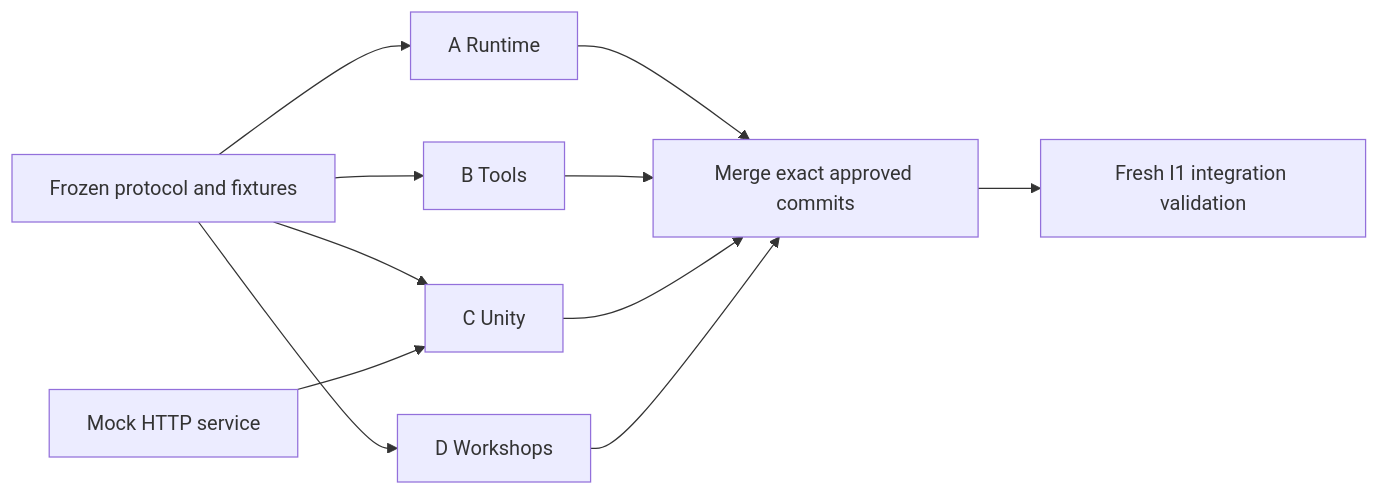
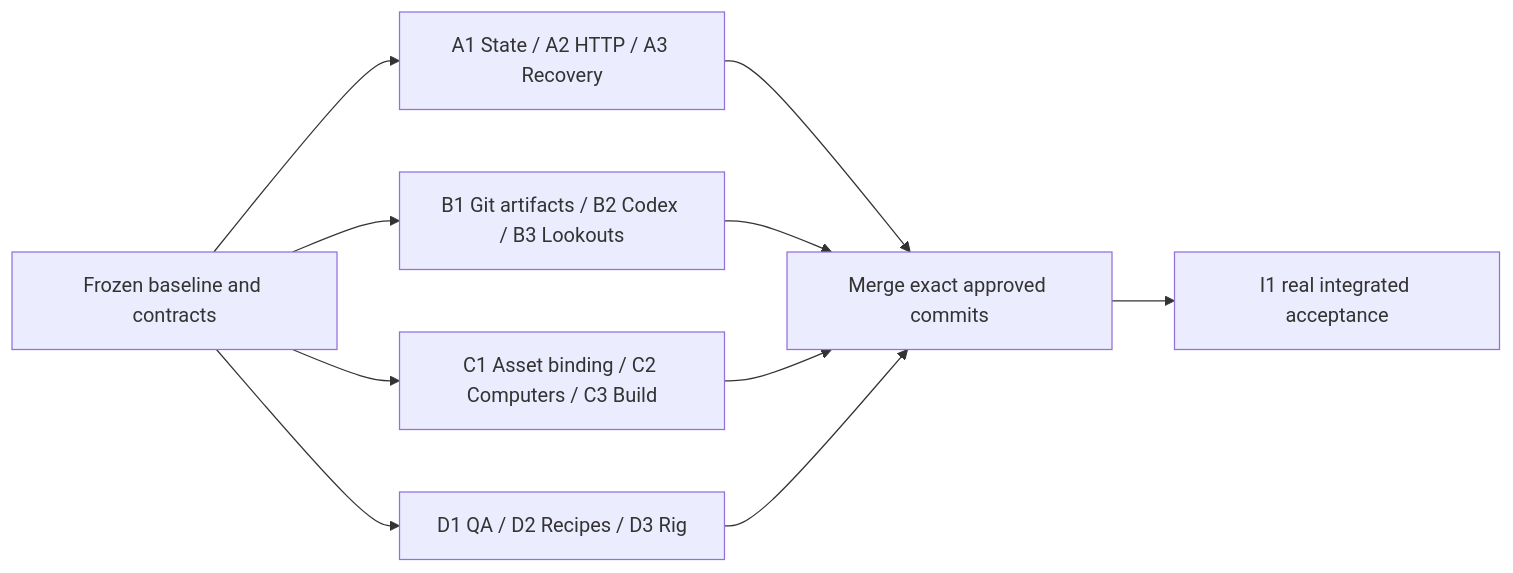
Before and after one commit to ShadowKingYT444/sidequest: the diagram in docs/PARALLEL_PLAN.md, drawn with Mermaid. The commit also changed other lines of this file and 29 other files, not shown here.

````diff
--- a/docs/PARALLEL_PLAN.md
+++ b/docs/PARALLEL_PLAN.md
@@ -16,13 +14,12 @@
 ```mermaid
 flowchart LR
-  K[Frozen protocol and fixtures] --> A[A Runtime]
-  K --> B[B Tools]
-  K --> C[C Unity]
-  K --> D[D Workshops]
-  M[Mock HTTP service] --> C
-  A --> I[Merge exact approved commits]
-  B --> I
-  C --> I
-  D --> I
-  I --> V[Fresh I1 integration validation]
+  S[Frozen baseline and contracts] --> A[A1 State / A2 HTTP / A3 Recovery]
+  S --> B[B1 Git artifacts / B2 Codex / B3 Lookouts]
+  S --> C[C1 Asset binding / C2 Computers / C3 Build]
+  S --> D[D1 QA / D2 Recipes / D3 Rig]
+  A --> M[Merge exact approved commits]
+  B --> M
+  C --> M
+  D --> M
+  M --> I[I1 real integrated acceptance]
 ```
````
